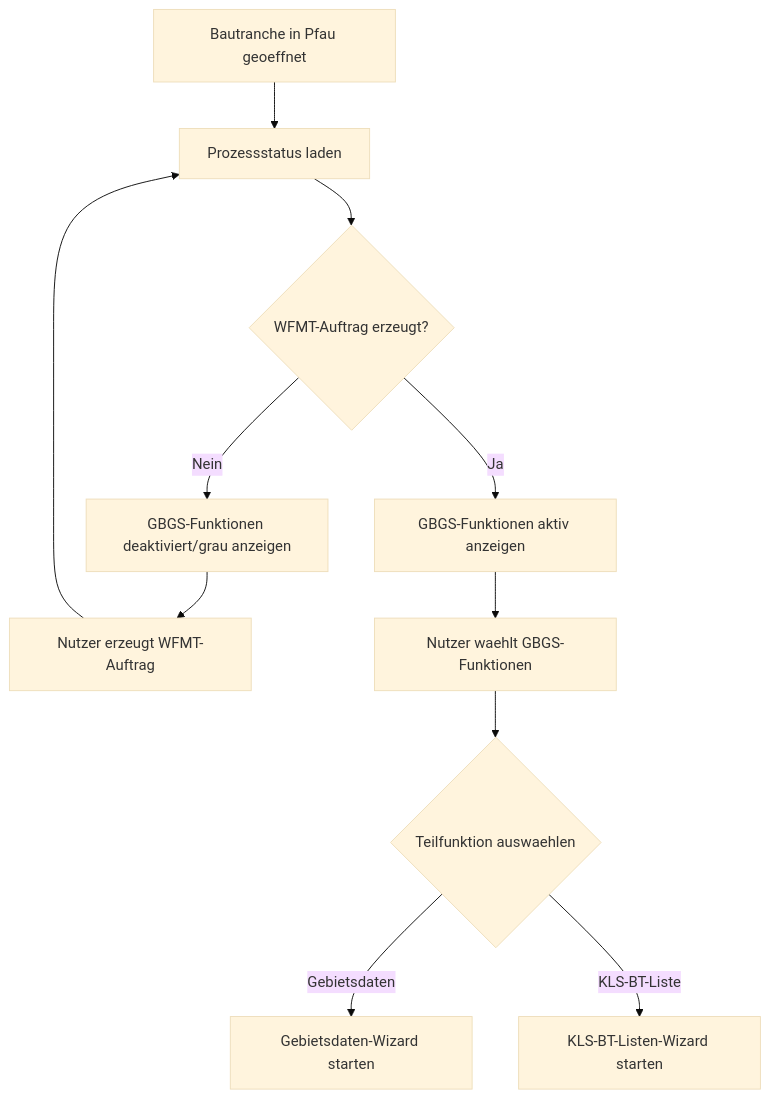
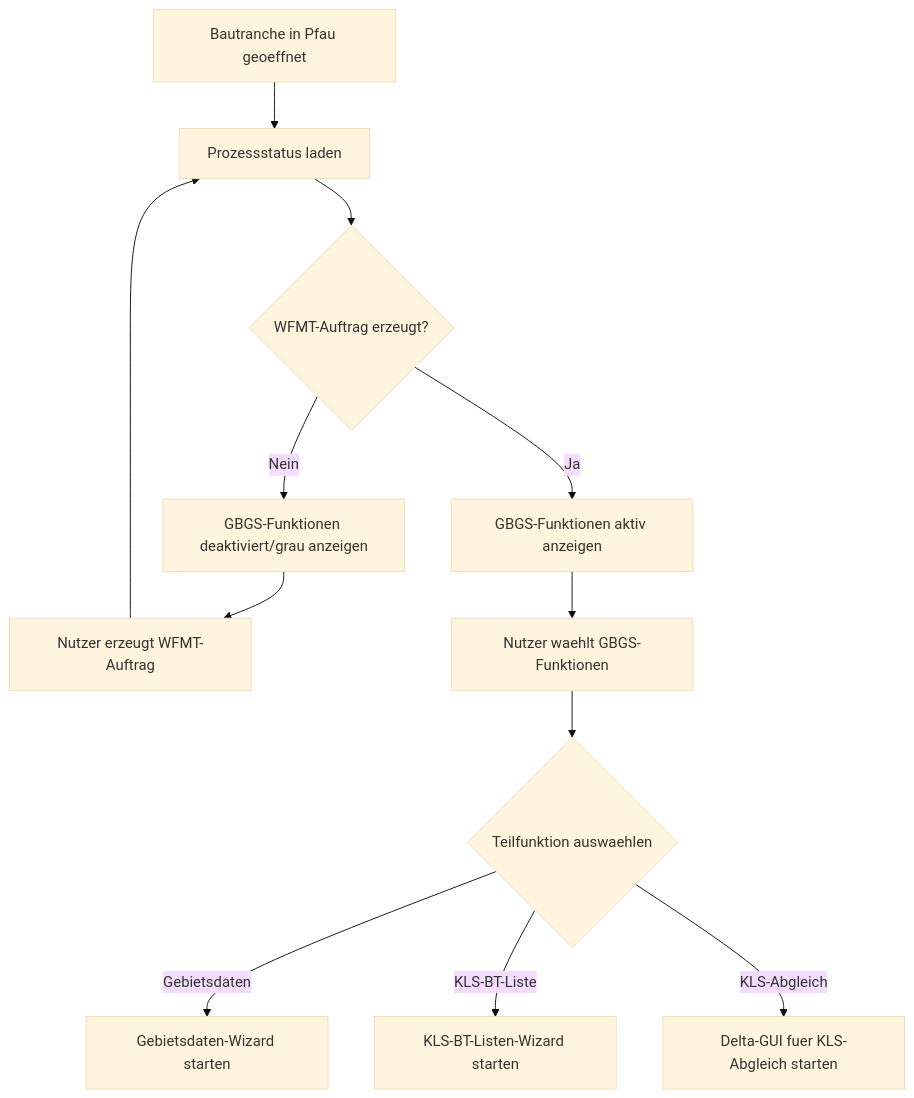
Before and after one commit to bergmantb/wbv_bemo: the second of 11 diagrams in gbgs-mock/solution-design-adressabgleich-pfau-gbgs.md, drawn with Mermaid (base theme). The commit also changed other lines of this file and 16 other files, not shown here.

Commit message:
Expand GBGS KLS delta reconciliation design

````diff
--- a/gbgs-mock/solution-design-adressabgleich-pfau-gbgs.md
+++ b/gbgs-mock/solution-design-adressabgleich-pfau-gbgs.md
@@ -585,13 +796,14 @@
 ```mermaid
 flowchart TD
   A["Bautranche in Pfau geoeffnet"] --> B["Prozessstatus laden"]
   B --> C{"WFMT-Auftrag erzeugt?"}
   C -- "Nein" --> D["GBGS-Funktionen deaktiviert/grau anzeigen"]
   D --> E["Nutzer erzeugt WFMT-Auftrag"]
   E --> B
   C -- "Ja" --> F["GBGS-Funktionen aktiv anzeigen"]
   F --> G["Nutzer waehlt GBGS-Funktionen"]
   G --> H{"Teilfunktion auswaehlen"}
   H -- "Gebietsdaten" --> I["Gebietsdaten-Wizard starten"]
   H -- "KLS-BT-Liste" --> J["KLS-BT-Listen-Wizard starten"]
+  H -- "KLS-Abgleich" --> K["Delta-GUI fuer KLS-Abgleich starten"]
 ```
````
